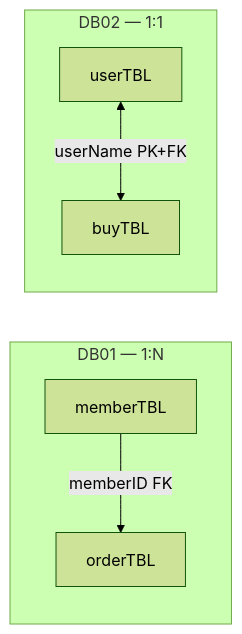
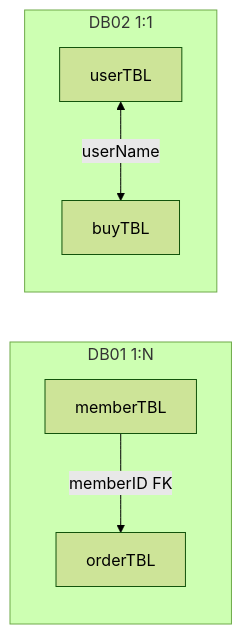
The third of 7 diagrams in db02/README.md (metaapple/kb7-db), drawn with Mermaid (forest theme) before and after one commit. The commit also changed other lines of this file, not shown here.

````diff
--- a/db02/README.md
+++ b/db02/README.md
@@ -54,13 +56,13 @@
 ```mermaid
 flowchart LR
-    subgraph DB01["DB01 — 1:N"]
+    subgraph db01["DB01 1:N"]
         M1[memberTBL]
         O1[orderTBL]
-        M1 -->|"memberID FK"| O1
+        M1 -->|memberID FK| O1
     end
-    subgraph DB02["DB02 — 1:1"]
+    subgraph db02["DB02 1:1"]
         U[userTBL]
         B[buyTBL]
-        U <-->|"userName PK+FK"| B
+        U <-->|userName| B
     end
 ```
````
